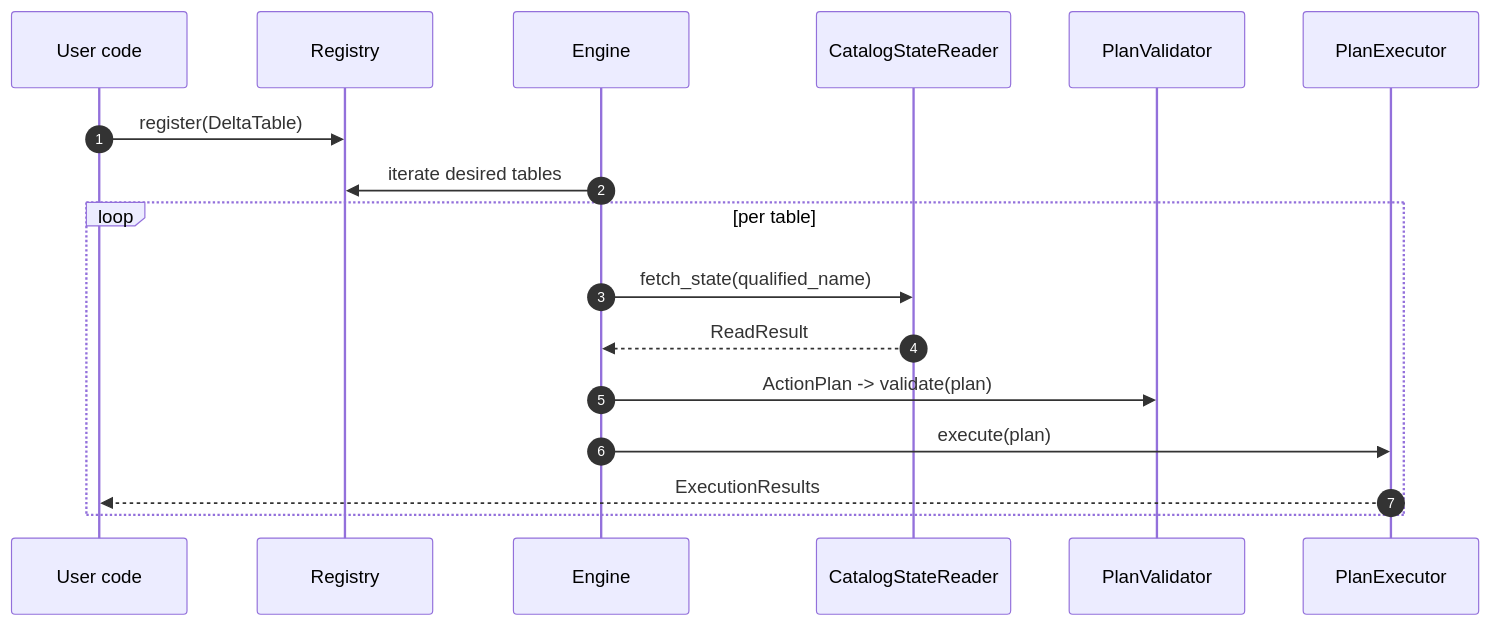
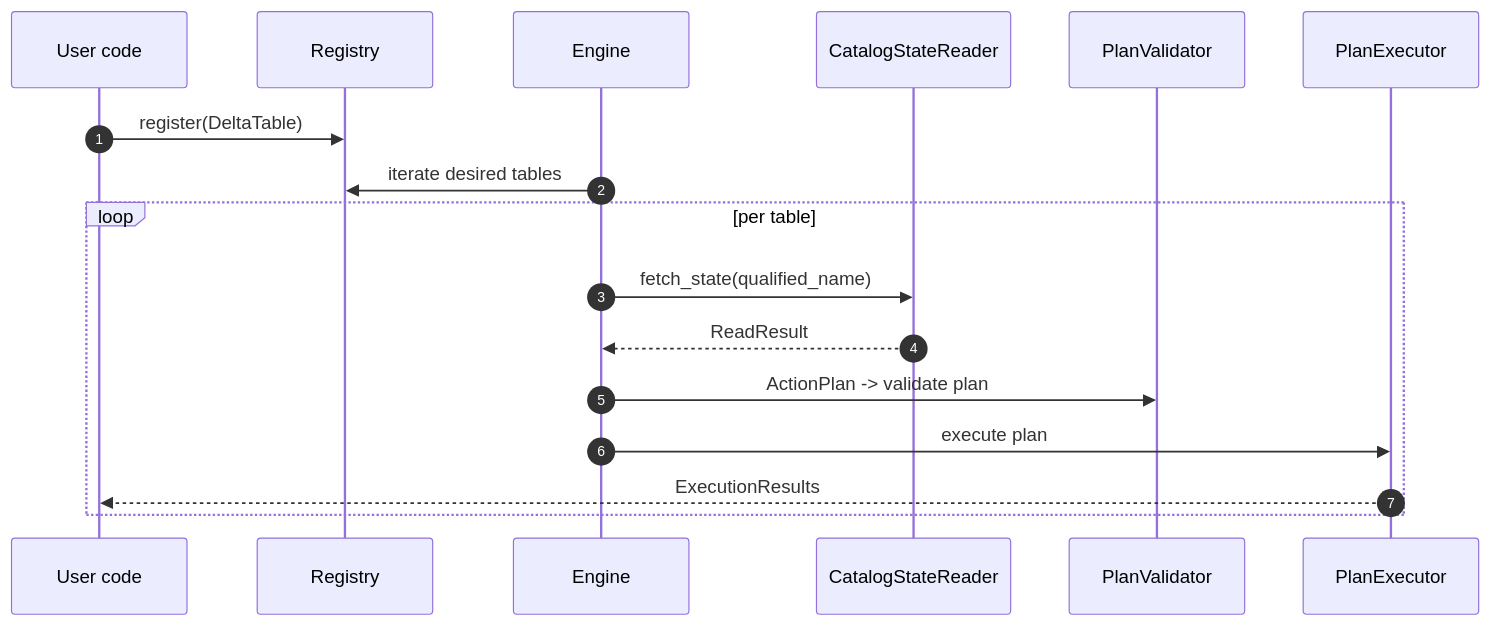
Before and after one commit to Tomoscorbin/delta-engine: the second of 2 diagrams in delta-engine/docs/architecture.md, drawn with Mermaid.

````diff
--- a/delta-engine/docs/architecture.md
+++ b/delta-engine/docs/architecture.md
@@ -63,20 +63,20 @@
 ```mermaid
 sequenceDiagram
     autonumber
     participant U as User code
     participant R as Registry
     participant E as Engine
     participant CR as CatalogStateReader
     participant V as PlanValidator
     participant X as PlanExecutor
 
     U->>R: register(DeltaTable)
     E->>R: iterate desired tables
     loop per table
         E->>CR: fetch_state(qualified_name)
         CR-->>E: ReadResult
-        E->>V: ActionPlan  -> validate(plan)
-        E->>X: execute(plan)
+        E->>V: ActionPlan  -> validate plan
+        E->>X: execute plan
         X-->>U: ExecutionResults
     end
 ```
````
